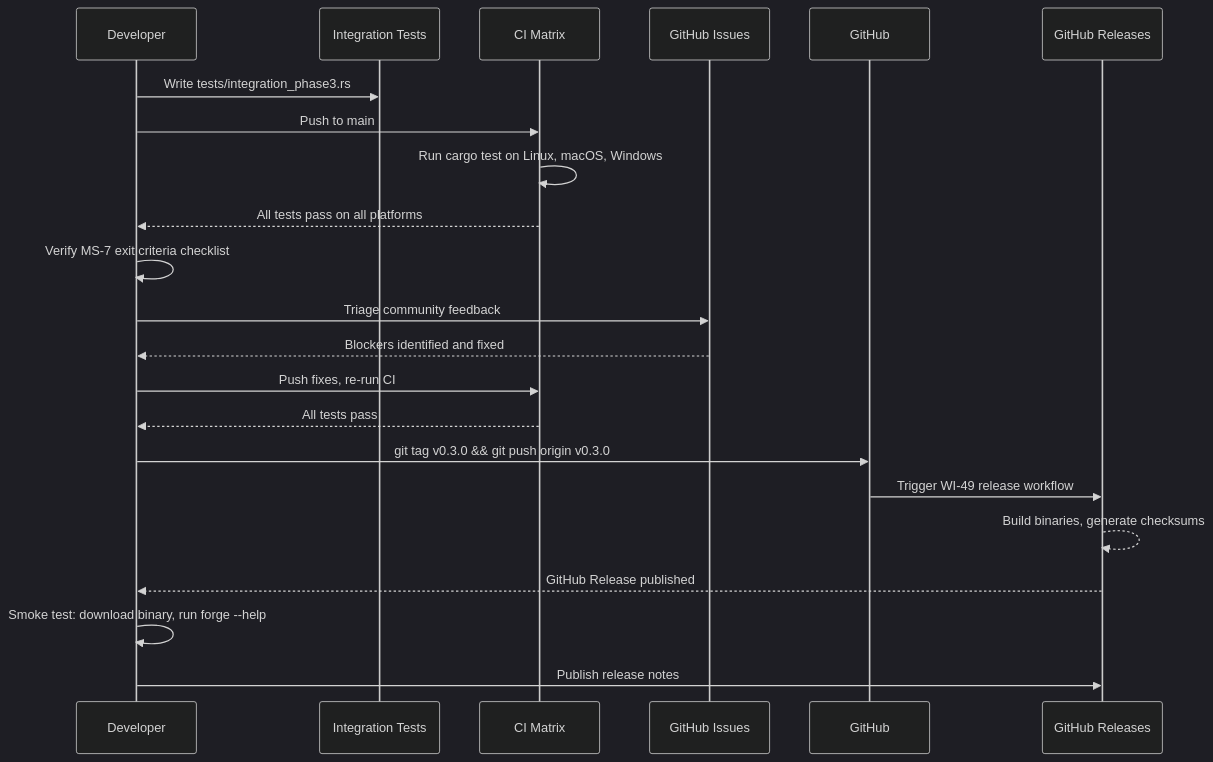
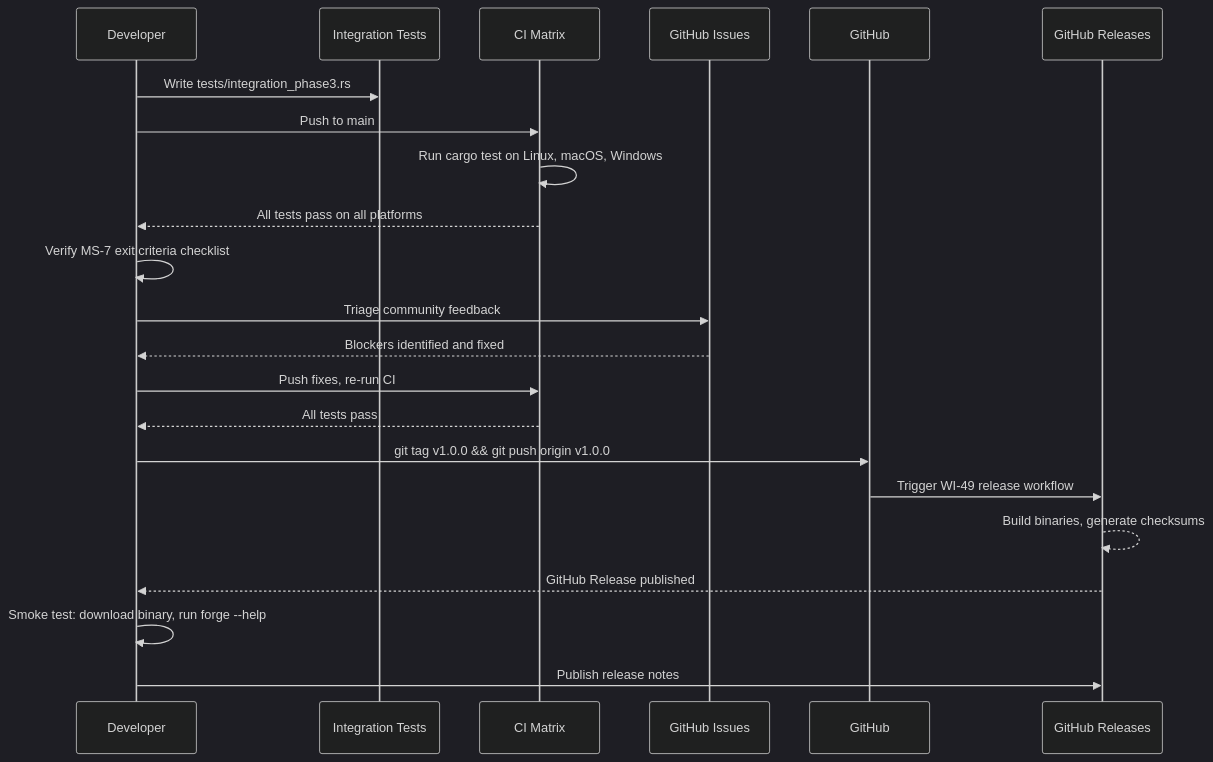
The sixth of 7 diagrams in docs/AR/050-ar-phase3-release.md (policy-forge/forge), drawn with Mermaid (dark theme) before and after one commit. The commit also changed other lines of this file and 9 other files, not shown here.

````diff
--- a/docs/AR/050-ar-phase3-release.md
+++ b/docs/AR/050-ar-phase3-release.md
@@ -344,28 +344,28 @@
 ```mermaid
 sequenceDiagram
     participant Dev as Developer
     participant Tests as Integration Tests
     participant CI as CI Matrix
     participant Issues as GitHub Issues
     participant GH as GitHub
     participant GR as GitHub Releases
 
     Dev->>Tests: Write tests/integration_phase3.rs
     Dev->>CI: Push to main
     CI->>CI: Run cargo test on Linux, macOS, Windows
     CI-->>Dev: All tests pass on all platforms
 
     Dev->>Dev: Verify MS-7 exit criteria checklist
     Dev->>Issues: Triage community feedback
     Issues-->>Dev: Blockers identified and fixed
     Dev->>CI: Push fixes, re-run CI
     CI-->>Dev: All tests pass
 
-    Dev->>GH: git tag v0.3.0 && git push origin v0.3.0
+    Dev->>GH: git tag v1.0.0 && git push origin v1.0.0
     GH->>GR: Trigger WI-49 release workflow
     GR-->>GR: Build binaries, generate checksums
     GR-->>Dev: GitHub Release published
 
     Dev->>Dev: Smoke test: download binary, run forge --help
     Dev->>GR: Publish release notes
 ```
````
